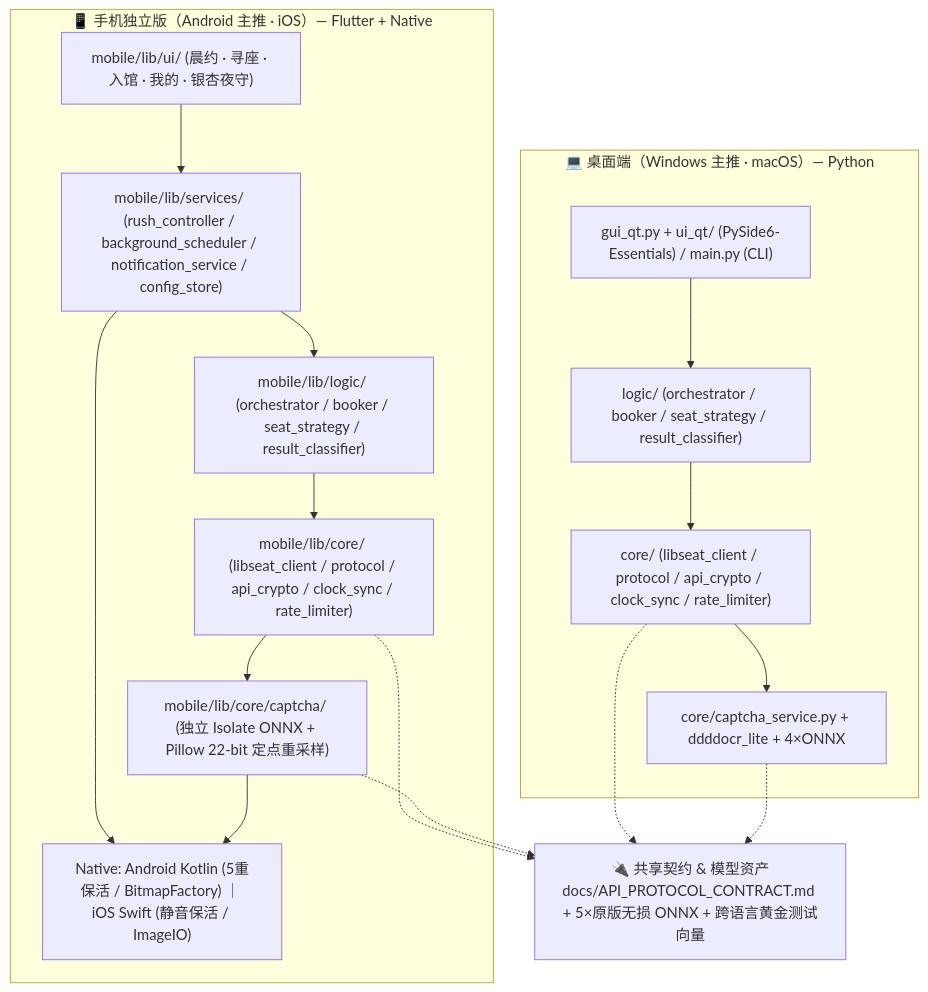
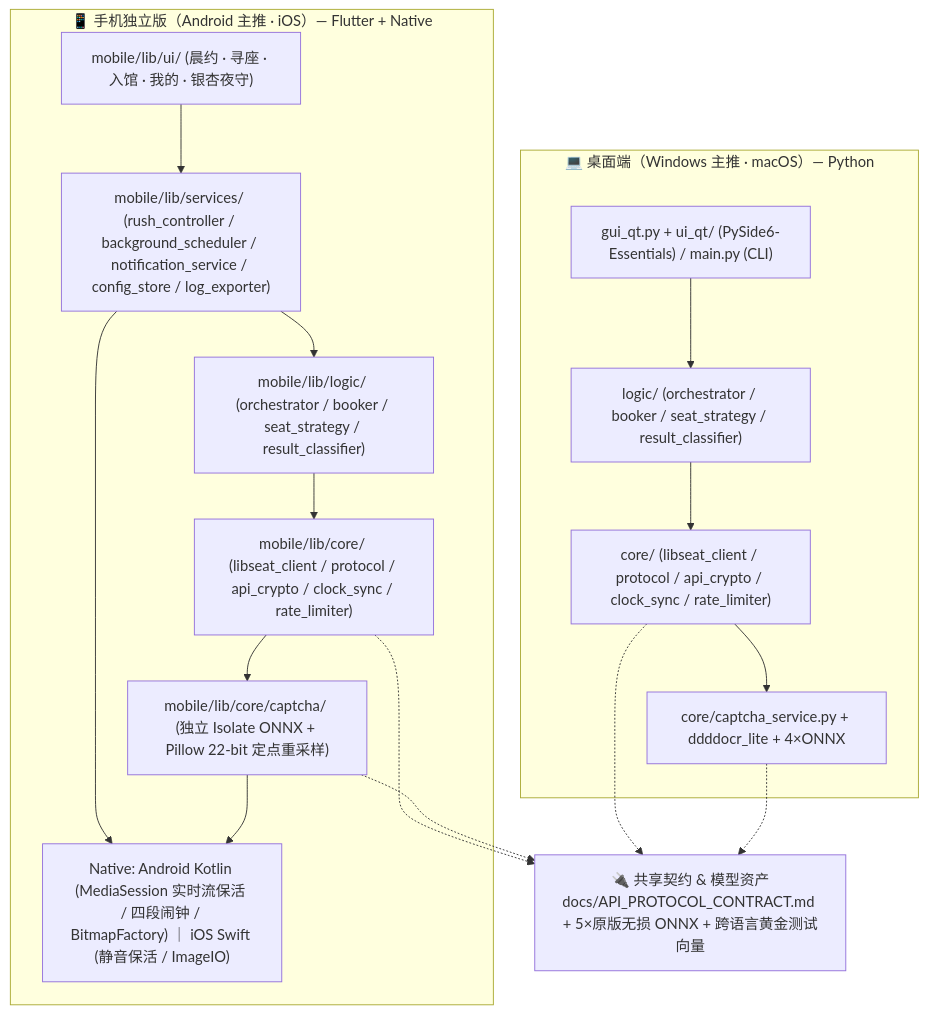
One commit to xunrana/LNU-LibSeat-Automation changed the first of 3 diagrams in docs/ARCHITECTURE.md. Above: the diagram before and after it, drawn with Mermaid. The commit also changed other lines of this file and 22 other files, not shown here.

````diff
--- a/docs/ARCHITECTURE.md
+++ b/docs/ARCHITECTURE.md
@@ -43,28 +43,28 @@
 ```mermaid
 flowchart TB
     subgraph DESKTOP["💻 桌面端（Windows 主推 · macOS）— Python"]
         D_UI["gui_qt.py + ui_qt/ (PySide6-Essentials) / main.py (CLI)"]
         D_LOGIC["logic/ (orchestrator / booker / seat_strategy / result_classifier)"]
         D_CORE["core/ (libseat_client / protocol / api_crypto / clock_sync / rate_limiter)"]
         D_AI["core/captcha_service.py + ddddocr_lite + 4×ONNX"]
         D_UI --> D_LOGIC --> D_CORE --> D_AI
     end
 
     subgraph MOBILE["📱 手机独立版（Android 主推 · iOS）— Flutter + Native"]
         M_UI["mobile/lib/ui/ (晨约 · 寻座 · 入馆 · 我的 · 银杏夜守)"]
-        M_SVC["mobile/lib/services/ (rush_controller / background_scheduler / notification_service / config_store)"]
+        M_SVC["mobile/lib/services/ (rush_controller / background_scheduler / notification_service / config_store / log_exporter)"]
         M_LOGIC["mobile/lib/logic/ (orchestrator / booker / seat_strategy / result_classifier)"]
         M_CORE["mobile/lib/core/ (libseat_client / protocol / api_crypto / clock_sync / rate_limiter)"]
         M_AI["mobile/lib/core/captcha/ (独立 Isolate ONNX + Pillow 22-bit 定点重采样)"]
-        M_NATIVE["Native: Android Kotlin (5重保活 / BitmapFactory) ｜ iOS Swift (静音保活 / ImageIO)"]
+        M_NATIVE["Native: Android Kotlin (MediaSession 实时流保活 / 四段闹钟 / BitmapFactory) ｜ iOS Swift (静音保活 / ImageIO)"]
         M_UI --> M_SVC --> M_LOGIC --> M_CORE --> M_AI
         M_SVC --> M_NATIVE
         M_AI --> M_NATIVE
     end
 
     CONTRACT["🔌 共享契约 & 模型资产<br/>docs/API_PROTOCOL_CONTRACT.md + 5×原版无损 ONNX + 跨语言黄金测试向量"]
     D_CORE -.-> CONTRACT
     M_CORE -.-> CONTRACT
     D_AI -.-> CONTRACT
     M_AI -.-> CONTRACT
 ```
````
